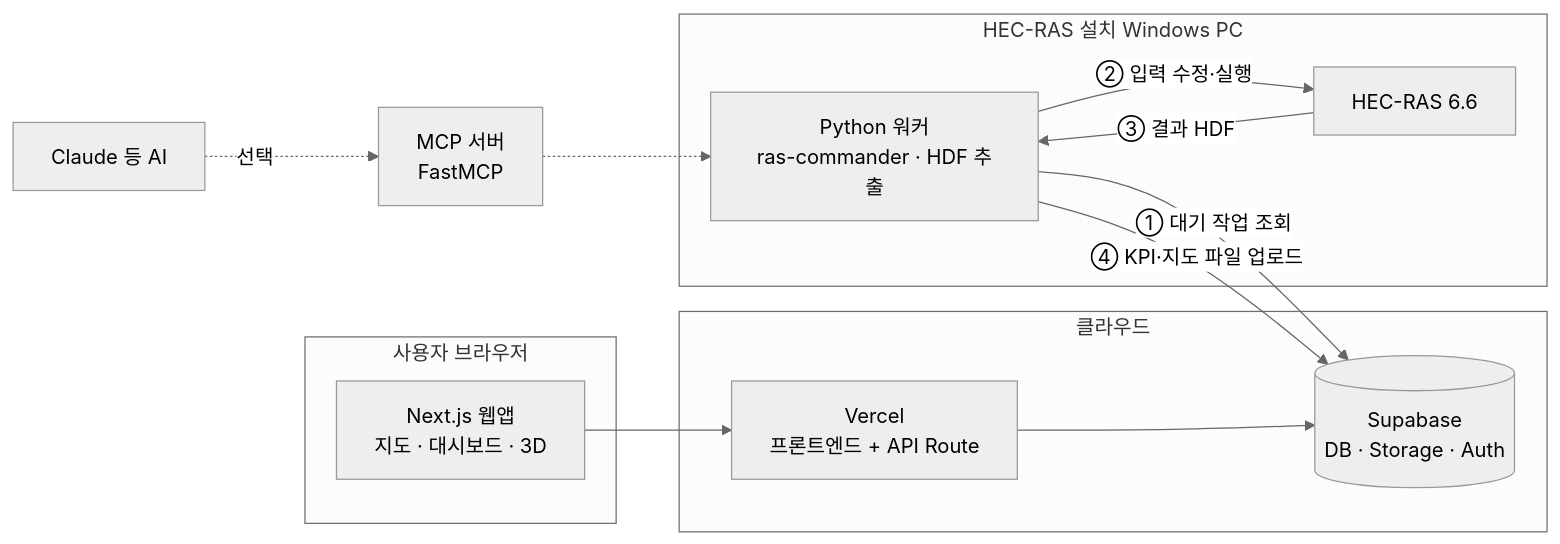
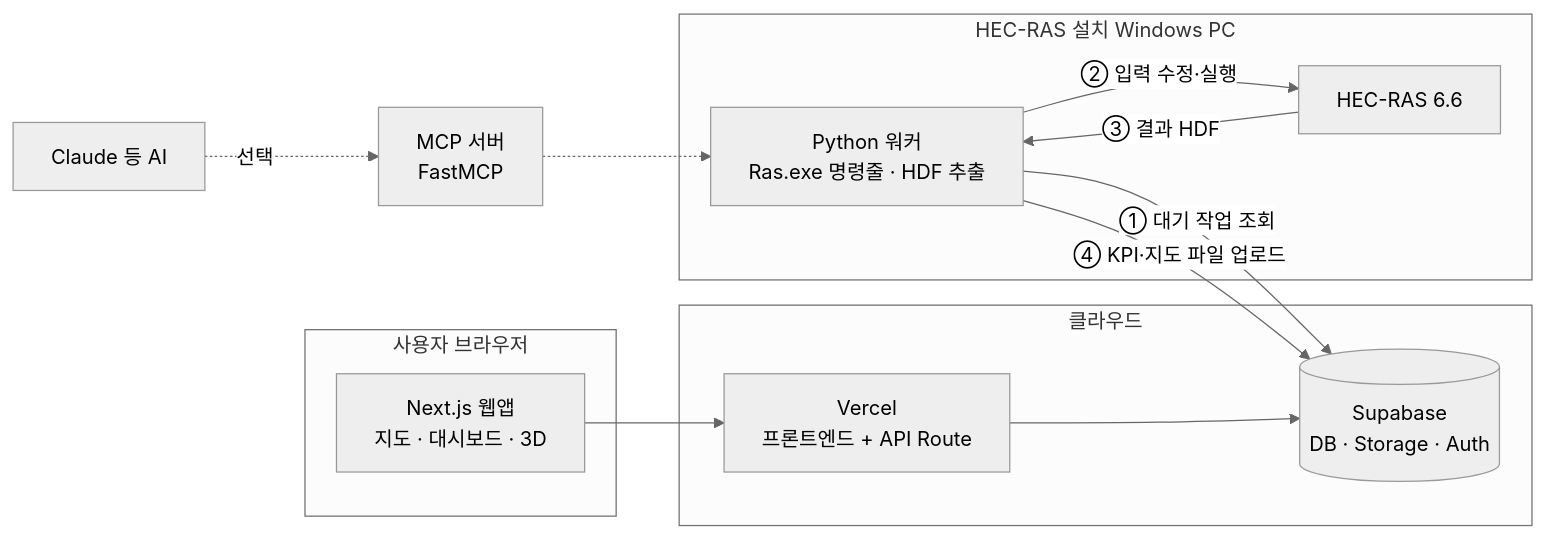
One commit to janghyeri/HEC-RAS changed the diagram in docs/GUIDE.md. Above: the diagram before and after it, drawn with Mermaid (neutral theme). The commit also changed other lines of this file and 1 other file, not shown here.

First line of the commit message:
문서: 워커 실행 방식 표기 수정 (Ras.exe 명령줄 직접 실행, ras-commander 미사용)

````diff
--- a/docs/GUIDE.md
+++ b/docs/GUIDE.md
@@ -102,21 +102,21 @@
 ```mermaid
 flowchart LR
   subgraph USER["사용자 브라우저"]
     UI["Next.js 웹앱<br/>지도 · 대시보드 · 3D"]
   end
   subgraph CLOUD["클라우드"]
     VC["Vercel<br/>프론트엔드 + API Route"]
     SB[("Supabase<br/>DB · Storage · Auth")]
   end
   subgraph LAB["HEC-RAS 설치 Windows PC"]
-    WK["Python 워커<br/>ras-commander · HDF 추출"]
+    WK["Python 워커<br/>Ras.exe 명령줄 · HDF 추출"]
     RAS["HEC-RAS 6.6"]
   end
   AI["Claude 등 AI"] -. 선택 .-> MCP["MCP 서버<br/>FastMCP"]
   UI --> VC --> SB
   WK -- "① 대기 작업 조회" --> SB
   WK -- "② 입력 수정·실행" --> RAS
   RAS -- "③ 결과 HDF" --> WK
   WK -- "④ KPI·지도 파일 업로드" --> SB
   MCP -.-> WK
 ```
````
